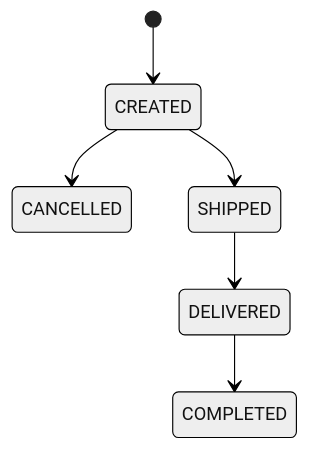
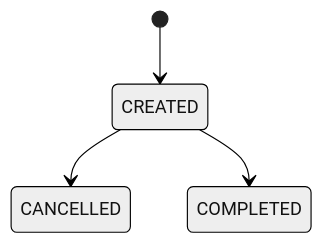
Before and after one commit to hqw77/E-Commerce-Agent: the diagram in docs/09-study-plan.md, drawn with Mermaid (neutral theme). The commit also changed other lines of this file and 15 other files, not shown here.

````diff
--- a/docs/09-study-plan.md
+++ b/docs/09-study-plan.md
@@ -114,8 +114,6 @@
 ```mermaid
 stateDiagram-v2
     [*] --> CREATED
     CREATED --> CANCELLED
-    CREATED --> SHIPPED
-    SHIPPED --> DELIVERED
-    DELIVERED --> COMPLETED
+    CREATED --> COMPLETED
 ```
````
